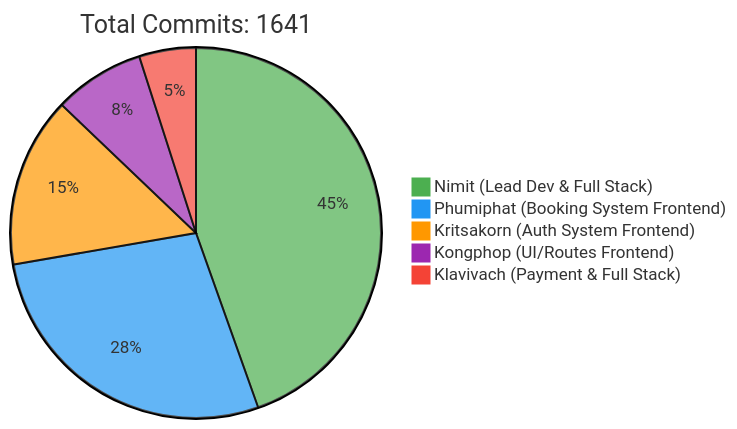
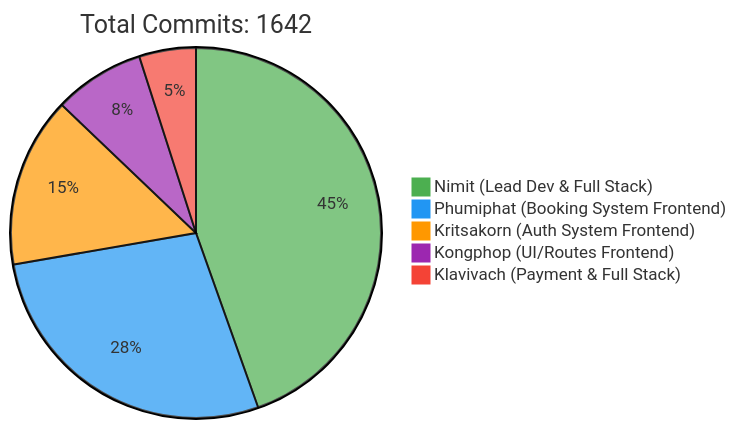
One commit to 6531503042/Sport-Complex changed the first of 2 diagrams in README.md. Above: the diagram before and after it, drawn with Mermaid. The commit also changed other lines of this file, not shown here.

Commit message:
docs: Update contributor statistics [skip ci]

````diff
--- a/README.md
+++ b/README.md
@@ -257,10 +257,10 @@
 ```mermaid
 %%{init: {'theme': 'base', 'themeVariables': { 'pie1': '#4CAF50', 'pie2': '#2196F3', 'pie3': '#FF9800', 'pie4': '#9C27B0', 'pie5': '#F44336'}}}%%
 pie
-    title Total Commits: 1641
+    title Total Commits: 1642
     "Nimit (Lead Dev & Full Stack)" : 450
     "Phumiphat (Booking System Frontend)" : 280
     "Kritsakorn (Auth System Frontend)" : 150
     "Kongphop (UI/Routes Frontend)" : 80
     "Klavivach (Payment & Full Stack)" : 50
 ```
````
